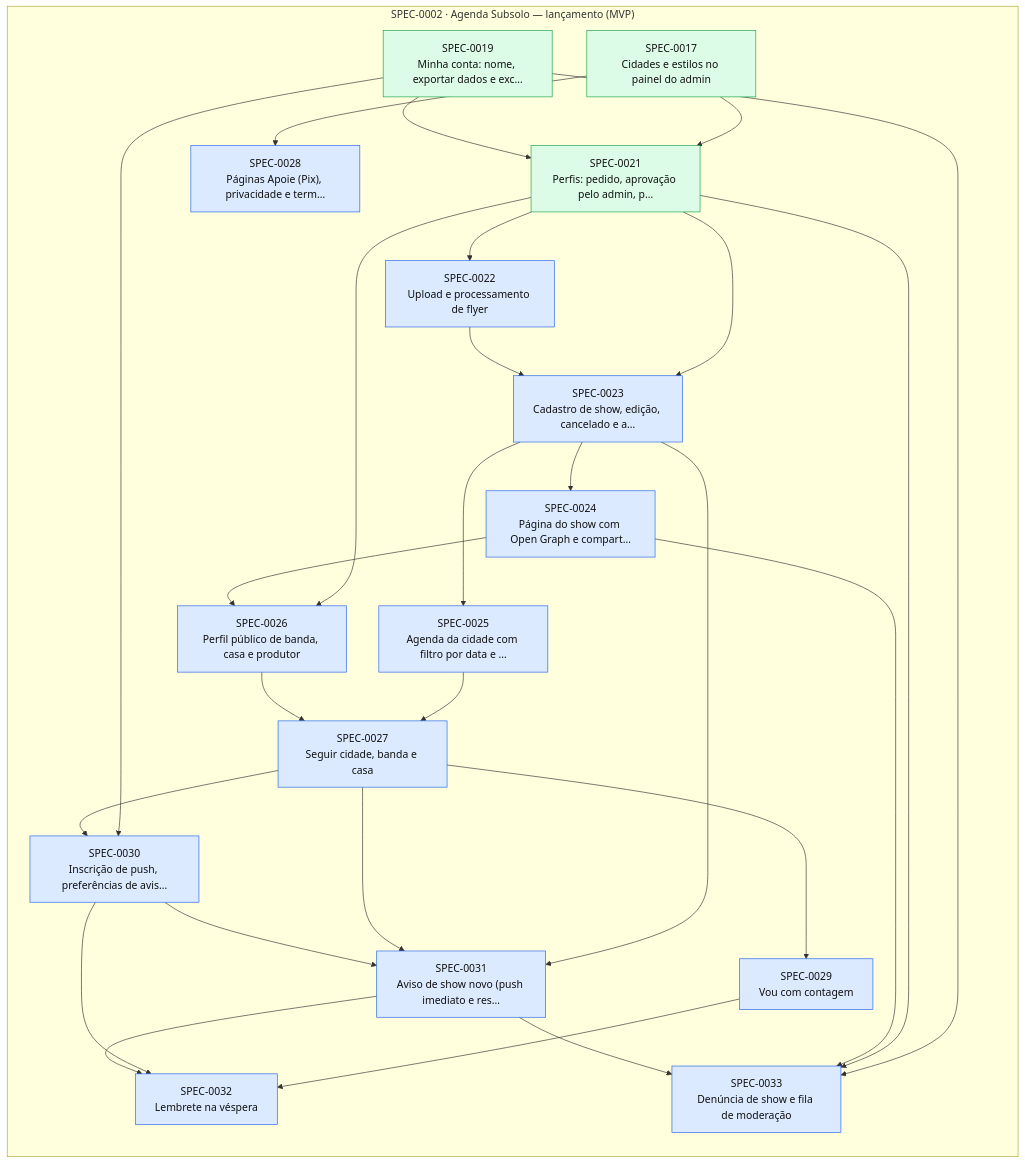
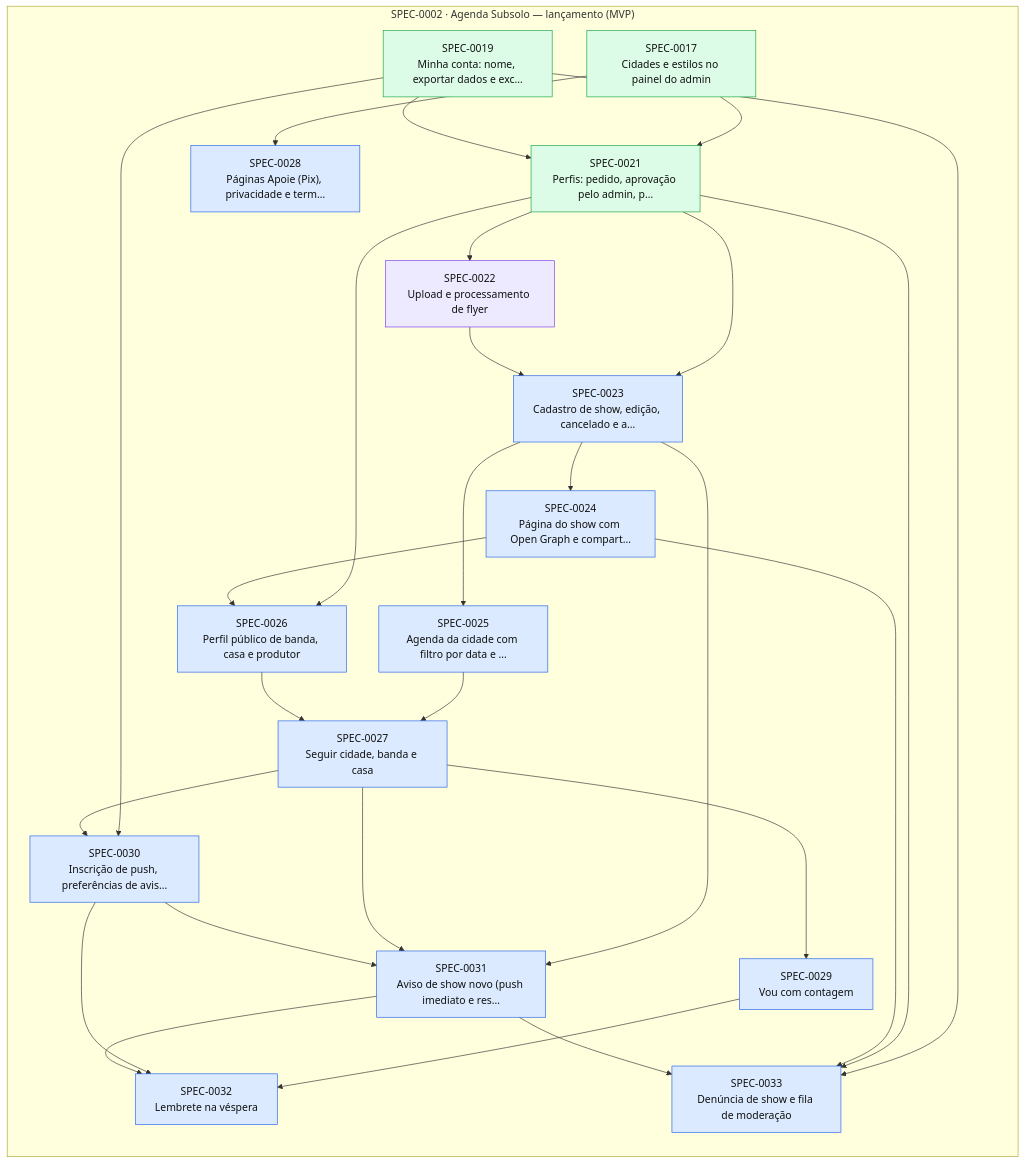
One commit to thomasravache/subsolo changed the diagram in docs/specs/INDEX.md. Above: the diagram before and after it, drawn with Mermaid. The commit also changed other lines of this file and 1 other file, not shown here.

First line of the commit message:
docs(sdd): start SPEC-0022

````diff
--- a/docs/specs/INDEX.md
+++ b/docs/specs/INDEX.md
@@ -77,50 +77,50 @@
 ```mermaid
 flowchart LR
   subgraph E0002["SPEC-0002 · Agenda Subsolo — lançamento (MVP)"]
     S0017["SPEC-0017<br/>Cidades e estilos no painel do admin"]:::implemented
     S0019["SPEC-0019<br/>Minha conta: nome, exportar dados e exc…"]:::implemented
     S0021["SPEC-0021<br/>Perfis: pedido, aprovação pelo admin, p…"]:::implemented
-    S0022["SPEC-0022<br/>Upload e processamento de flyer"]:::approved
+    S0022["SPEC-0022<br/>Upload e processamento de flyer"]:::inprogress
     S0023["SPEC-0023<br/>Cadastro de show, edição, cancelado e a…"]:::approved
     S0024["SPEC-0024<br/>Página do show com Open Graph e compart…"]:::approved
     S0025["SPEC-0025<br/>Agenda da cidade com filtro por data e …"]:::approved
     S0026["SPEC-0026<br/>Perfil público de banda, casa e produtor"]:::approved
     S0027["SPEC-0027<br/>Seguir cidade, banda e casa"]:::approved
     S0028["SPEC-0028<br/>Páginas Apoie (Pix), privacidade e term…"]:::approved
     S0029["SPEC-0029<br/>Vou com contagem"]:::approved
     S0030["SPEC-0030<br/>Inscrição de push, preferências de avis…"]:::approved
     S0031["SPEC-0031<br/>Aviso de show novo (push imediato e res…"]:::approved
     S0032["SPEC-0032<br/>Lembrete na véspera"]:::approved
     S0033["SPEC-0033<br/>Denúncia de show e fila de moderação"]:::approved
   end
   S0017 --> S0021
   S0019 --> S0021
   S0021 --> S0022
   S0021 --> S0023
   S0022 --> S0023
   S0023 --> S0024
   S0023 --> S0025
   S0021 --> S0026
   S0024 --> S0026
   S0025 --> S0027
   S0026 --> S0027
   S0017 --> S0028
   S0027 --> S0029
   S0019 --> S0030
   S0027 --> S0030
   S0023 --> S0031
   S0027 --> S0031
   S0030 --> S0031
   S0029 --> S0032
   S0030 --> S0032
   S0031 --> S0032
   S0019 --> S0033
   S0021 --> S0033
   S0024 --> S0033
   S0031 --> S0033
   classDef proposed fill:#fef3c7,stroke:#d97706,color:#111
   classDef approved fill:#dbeafe,stroke:#2563eb,color:#111
   classDef inprogress fill:#ede9fe,stroke:#7c3aed,color:#111
   classDef implemented fill:#dcfce7,stroke:#16a34a,color:#111
   classDef deprecated fill:#f3f4f6,stroke:#9ca3af,color:#6b7280
 ```
````
